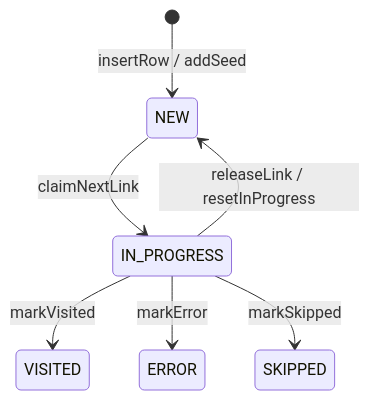
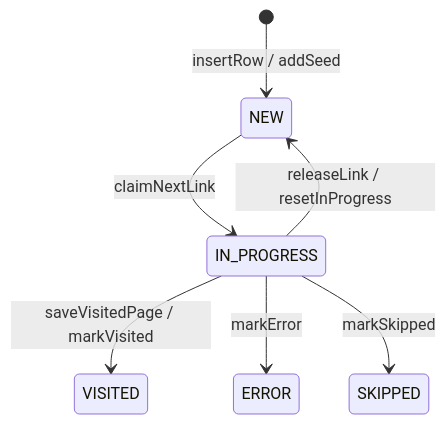
Before and after one commit to maciejHash/WebCrawler: the first of 2 diagrams in README.md, drawn with Mermaid. The commit also changed other lines of this file and 4 other files, not shown here.

Commit message:
Adding transactional page save in DBConn (batched link upserts and markVisited in one transaction) to prevent double seen on resume

````diff
--- a/README.md
+++ b/README.md
@@ -127,9 +127,9 @@
 ```mermaid
 stateDiagram-v2
     [*] --> NEW: insertRow / addSeed
     NEW --> IN_PROGRESS: claimNextLink
-    IN_PROGRESS --> VISITED: markVisited
+    IN_PROGRESS --> VISITED: saveVisitedPage / markVisited
     IN_PROGRESS --> ERROR: markError
     IN_PROGRESS --> SKIPPED: markSkipped
     IN_PROGRESS --> NEW: releaseLink / resetInProgress
 ```
````
